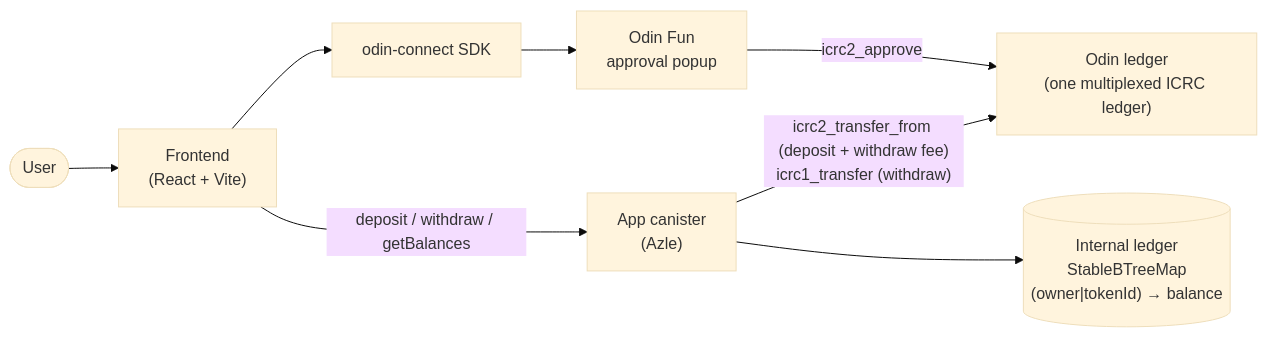
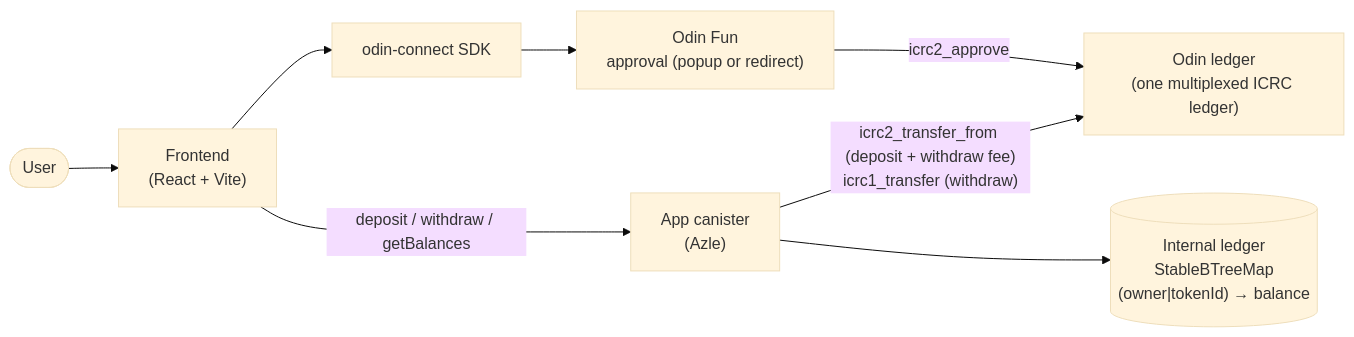
The diagram in README.md (Toniq-Labs/odin-app-template), drawn with Mermaid (base theme) before and after one commit. The commit also changed other lines of this file and 15 other files, not shown here.

````diff
--- a/README.md
+++ b/README.md
@@ -13,18 +13,18 @@
 ```mermaid
 flowchart LR
     user([User])
     fe["Frontend<br/>(React + Vite)"]
     oc["odin-connect SDK"]
-    popup["Odin Fun<br/>approval popup"]
+    popup["Odin Fun<br/>approval (popup or redirect)"]
     can["App canister<br/>(Azle)"]
     ledger[("Internal ledger<br/>StableBTreeMap<br/>(owner|tokenId) → balance")]
     odin["Odin ledger<br/>(one multiplexed ICRC ledger)"]
 
     user --> fe
     fe --> oc
     oc --> popup
     popup -->|icrc2_approve| odin
     fe -->|"deposit / withdraw / getBalances"| can
     can --> ledger
     can -->|"icrc2_transfer_from (deposit + withdraw fee)<br/>icrc1_transfer (withdraw)"| odin
 ```
````
